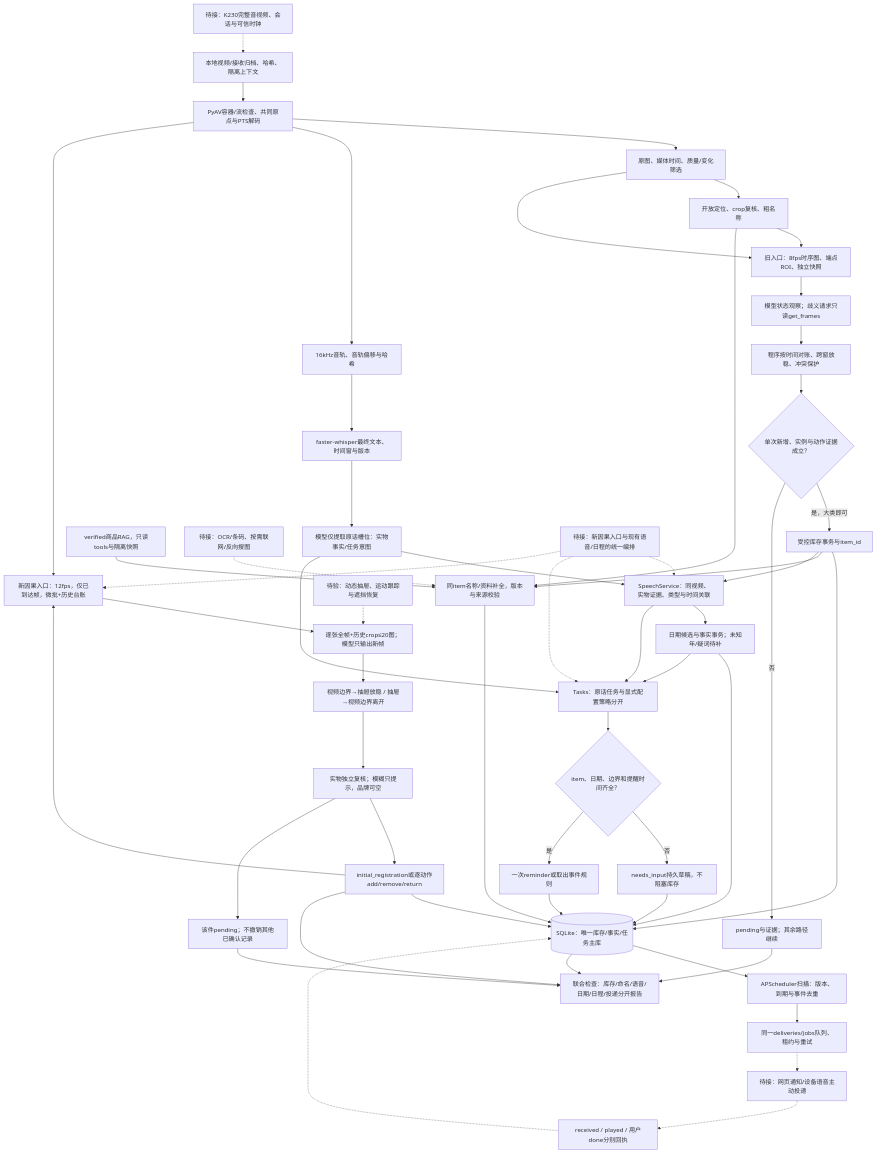
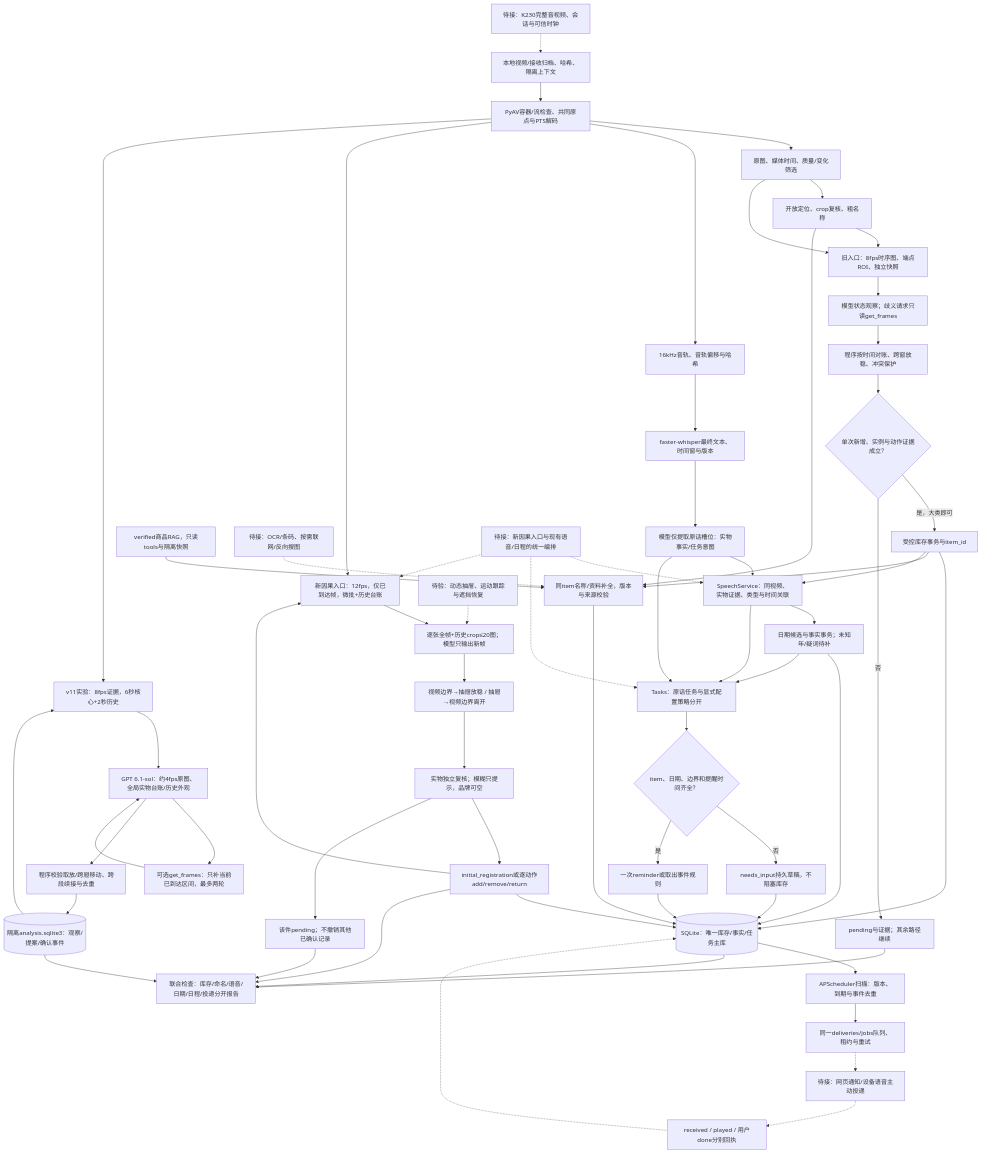
One commit to ZnAtom/MindBox changed the fifth of 5 diagrams in code/doc/processing-flow.md. Above: the diagram before and after it, drawn with Mermaid. The commit also changed other lines of this file and 33 other files, not shown here.

````diff
--- a/code/doc/processing-flow.md
+++ b/code/doc/processing-flow.md
@@ -202,61 +212,70 @@
 ```mermaid
 flowchart TD
     K["待接：K230完整音视频、会话与可信时钟"] -.-> IN["本地视频/接收归档、哈希、隔离上下文"]
     IN --> DEC["PyAV容器/流检查、共同原点与PTS解码"]
     DEC --> FR["原图、媒体时间、质量/变化筛选"]
     DEC --> AU["16kHz音轨、音轨偏移与哈希"]
 
     FR --> OBJ["开放定位、crop复核、粗名称"]
     FR --> ACT["旧入口：8fps时序图、端点ROI、独立快照"]
     OBJ --> ACT
     ACT --> OBS["模型状态观察；歧义请求只读get_frames"]
     OBS --> VALID["程序按时间对账、跨窗放稳、冲突保护"]
     VALID --> GATE{"单次新增、实例与动作证据成立？"}
     GATE -- "是，大类即可" --> ADD["受控库存事务与item_id"]
     GATE -- "否" --> PEND["pending与证据；其余路径继续"]
     ADD --> DB[("SQLite：唯一库存/事实/任务主库")]
 
     DEC --> CA["新因果入口：12fps，仅已到达帧，微批+历史台账"]
     CA --> CM["逐张全帧+历史crop≤20图；模型只输出新帧"]
     CM --> CL["视频边界→抽屉放稳 / 抽屉→视频边界离开"]
     CL --> CQ["实物独立复核；模糊只提示，品牌可空"]
     CQ --> CC["initial_registration或逐动作add/remove/return"]
     CC --> DB
     CC --> CA
     CQ --> CP["该件pending；不撤销其他已确认记录"]
+
+    DEC --> LS["v11实验：8fps证据，6秒核心+2秒历史"]
+    LS --> LG["GPT 6.1-sol：约4fps原图、全局实物台账/历史外观"]
+    LG --> LT["可选get_frames：只补当前已到达区间，最多两轮"]
+    LT --> LG
+    LG --> LP["程序校验取放/跨屉移动、跨段续接与去重"]
+    LP --> LA[("隔离analysis.sqlite3：观察/提案/确认事件")]
+    LA --> LS
+    LA --> REPORT
 
     OBJ --> ENR["同item名称/资料补全，版本与来源校验"]
     ADD --> ENR
     ENR --> DB
     MEM["verified商品RAG，只读tools与隔离快照"] --> ENR
     WEB["待接：OCR/条码、按需联网/反向搜图"] -.-> ENR
     TRACK["待验：动态抽屉、运动跟踪与遮挡恢复"] -.-> CM
 
     AU --> ASR["faster-whisper最终文本、时间窗与版本"]
     ASR --> SLOT["模型仅提取原话槽位：实物事实/任务意图"]
     SLOT --> LINK["SpeechService：同视频、实物证据、类型与时间关联"]
     ADD --> LINK
     LINK --> FACT["日期候选与事实事务；未知年/疑词待补"]
     FACT --> DB
     SLOT --> TASK["Tasks：原话任务与显式配置策略分开"]
     LINK --> TASK
     FACT --> TASK
     TASK --> READY{"item、日期、边界和提醒时间齐全？"}
     READY -- "否" --> DRAFT["needs_input持久草稿，不阻塞库存"]
     READY -- "是" --> REM["一次reminder或取出事件规则"]
     REM --> DB
     DRAFT --> DB
 
     DB --> SCH["APScheduler扫描：版本、到期与事件去重"]
     SCH --> QUEUE["同一deliveries/jobs队列、租约与重试"]
     QUEUE -.-> DELIVERY["待接：网页通知/设备语音主动投递"]
     DELIVERY -.-> ACK["received / played / 用户done分别回执"]
     ACK -.-> DB
     SESSION["待接：新因果入口与现有语音/日程的统一编排"] -.-> LINK
     SESSION -.-> TASK
     SESSION -.-> CA
     DB --> REPORT["联合检查：库存/命名/语音/日期/日程/投递分开报告"]
     PEND --> REPORT
     CP --> REPORT
     CC --> REPORT
 ```
````
